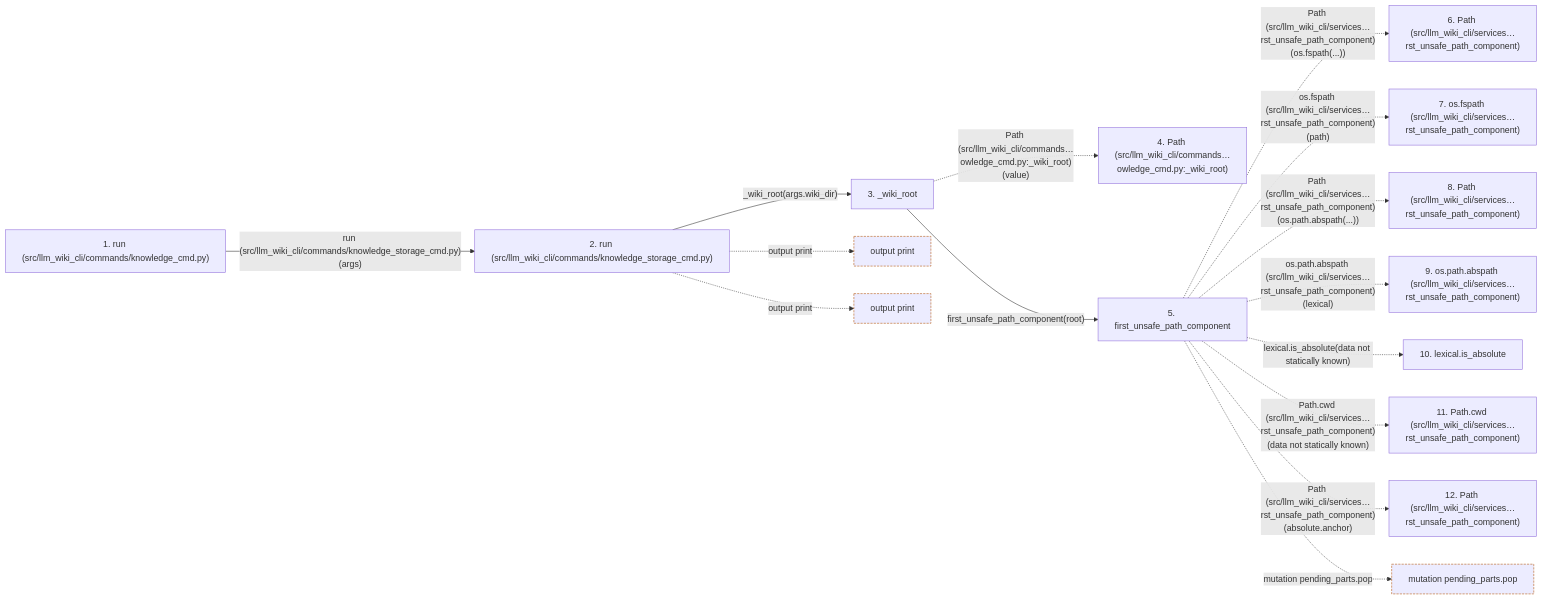
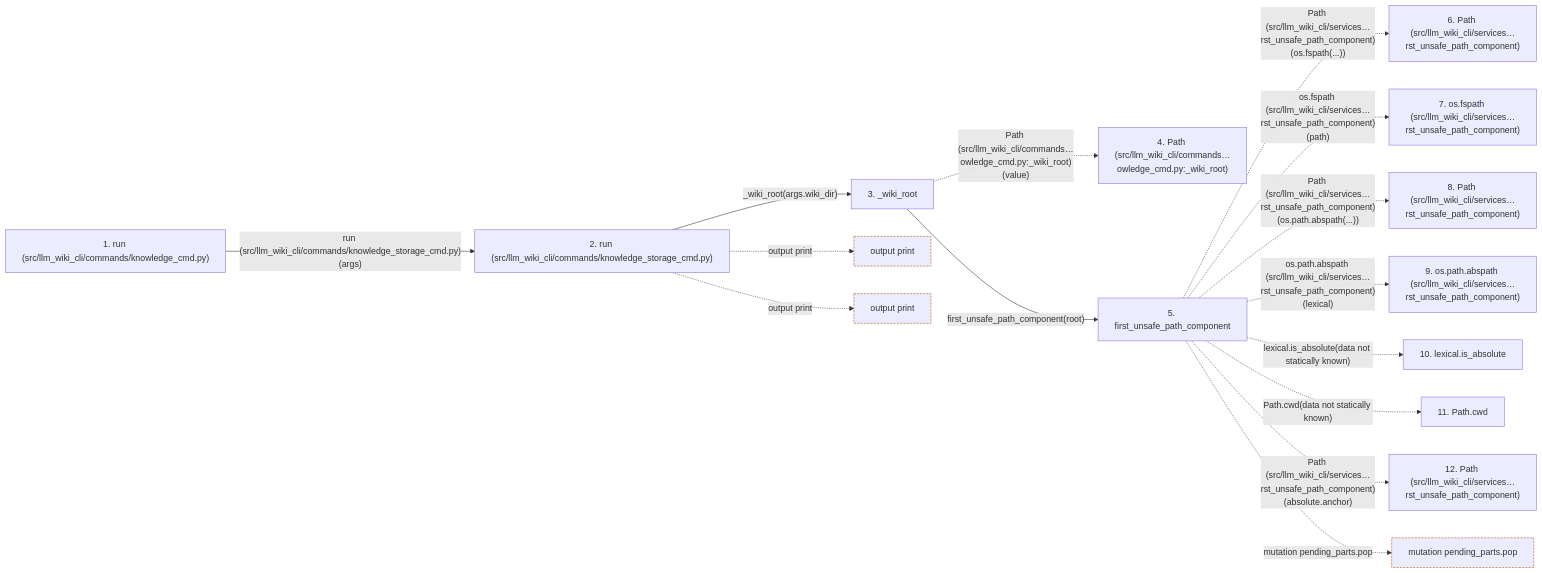
Before and after one commit to Denissvgn/python-wiki-llm: the second of 2 diagrams in docs/llm_wiki/flows/api-run-knowledge_cmd.md, drawn with Mermaid. The commit also changed other lines of this file and 1410 other files, not shown here.

````diff
--- a/docs/llm_wiki/flows/api-run-knowledge_cmd.md
+++ b/docs/llm_wiki/flows/api-run-knowledge_cmd.md
@@ -136,40 +137,40 @@
 ```mermaid
 flowchart LR
     s1["1. run (src/llm_wiki_cli/commands/knowledge_cmd.py)"]
     s2["2. run (src/llm_wiki_cli/commands/knowledge_storage_cmd.py)"]
     s3["3. _wiki_root"]
     s4["4. Path (src/llm_wiki_cli/commands…owledge_cmd.py:_wiki_root)"]
     s5["5. first_unsafe_path_component"]
     s6["6. Path (src/llm_wiki_cli/services…rst_unsafe_path_component)"]
     s7["7. os.fspath (src/llm_wiki_cli/services…rst_unsafe_path_component)"]
     s8["8. Path (src/llm_wiki_cli/services…rst_unsafe_path_component)"]
     s9["9. os.path.abspath (src/llm_wiki_cli/services…rst_unsafe_path_component)"]
     s10["10. lexical.is_absolute"]
-    s11["11. Path.cwd (src/llm_wiki_cli/services…rst_unsafe_path_component)"]
+    s11["11. Path.cwd"]
     s12["12. Path (src/llm_wiki_cli/services…rst_unsafe_path_component)"]
     s1 -->|"run (src/llm_wiki_cli/commands/knowledge_storage_cmd.py)(args)"| s2
     s2 -->|"_wiki_root(args.wiki_dir)"| s3
     s3 -. "Path (src/llm_wiki_cli/commands…owledge_cmd.py:_wiki_root)(value)" .-> s4
     s3 -->|"first_unsafe_path_component(root)"| s5
     s5 -. "Path (src/llm_wiki_cli/services…rst_unsafe_path_component)(os.fspath(...))" .-> s6
     s5 -. "os.fspath (src/llm_wiki_cli/services…rst_unsafe_path_component)(path)" .-> s7
     s5 -. "Path (src/llm_wiki_cli/services…rst_unsafe_path_component)(os.path.abspath(...))" .-> s8
     s5 -. "os.path.abspath (src/llm_wiki_cli/services…rst_unsafe_path_component)(lexical)" .-> s9
     s5 -. "lexical.is_absolute(data not statically known)" .-> s10
-    s5 -. "Path.cwd (src/llm_wiki_cli/services…rst_unsafe_path_component)(data not statically known)" .-> s11
+    s5 -. "Path.cwd(data not statically known)" .-> s11
     s5 -. "Path (src/llm_wiki_cli/services…rst_unsafe_path_component)(absolute.anchor)" .-> s12
     b0["output print"]
     s2 -. "output print" .-> b0
     b1["output print"]
     s2 -. "output print" .-> b1
     b2["mutation pending_parts.pop"]
     s5 -. "mutation pending_parts.pop" .-> b2
     click s1 "../modules/knowledge_cmd.md"
     click s2 "../modules/knowledge_storage_cmd.md"
     click s3 "../modules/knowledge_cmd.md"
     click s5 "../modules/io.md"
     classDef boundary stroke:#b45309,stroke-dasharray: 4 2
     class b0 boundary
     class b1 boundary
     class b2 boundary
 ```
````
